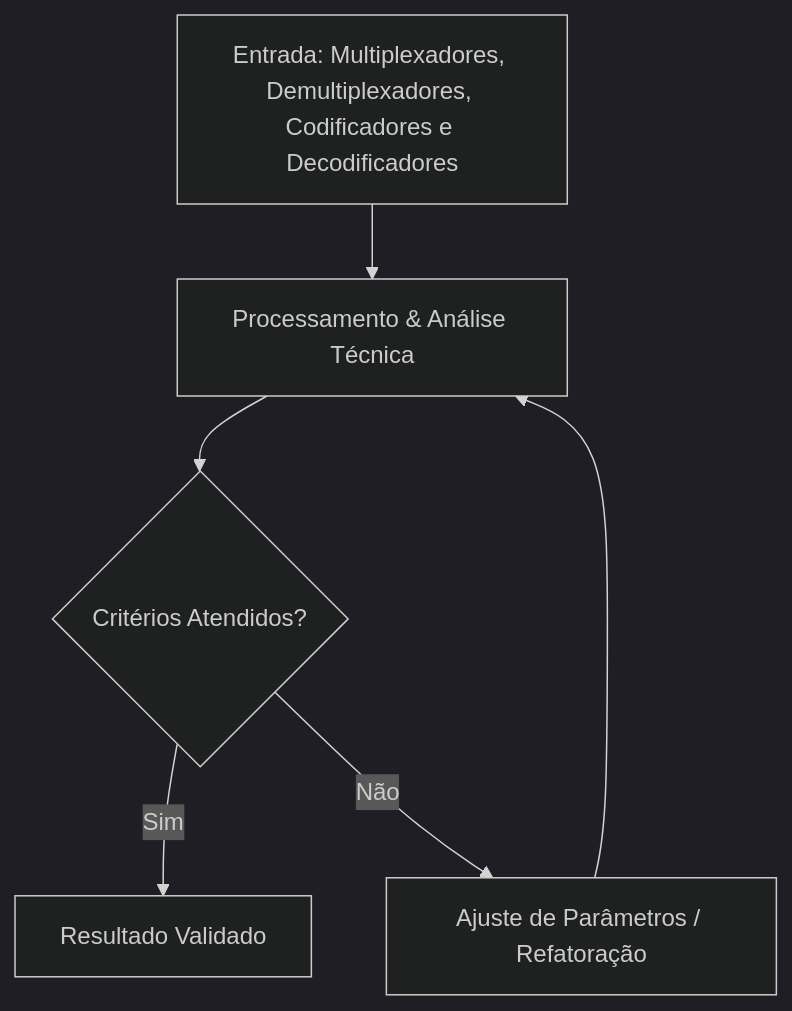
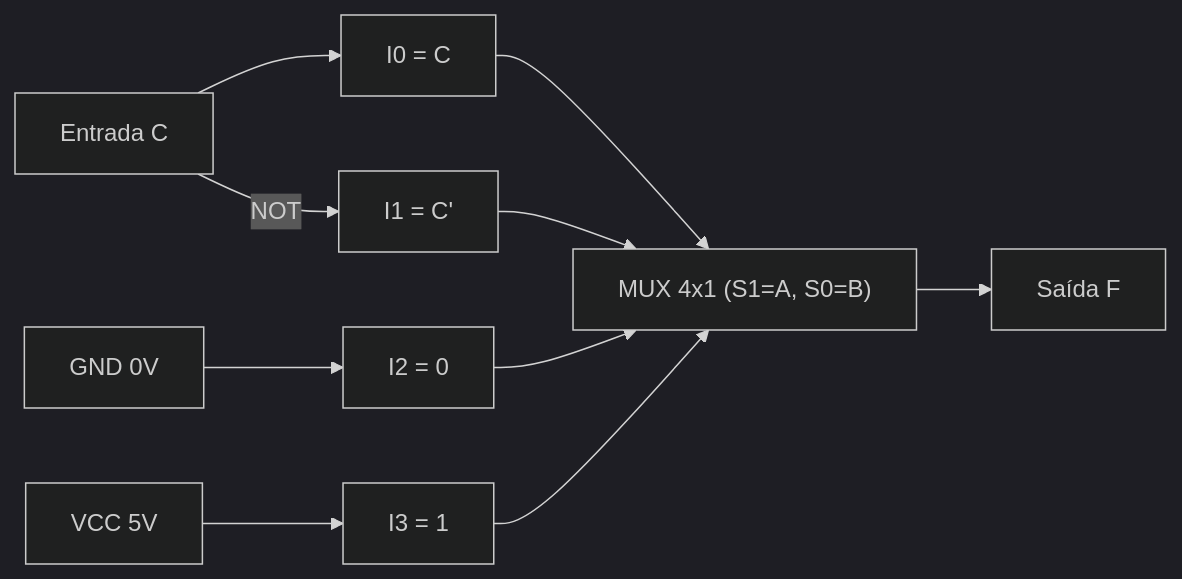
One commit to pedroiff0/page changed the diagram in content/pt-br/resource/Engenharia de Computação/6-periodo/eletronica-digital/anotacoes/aula-07-multiplexadores-demultiplexadores-codificadores-e-decodificadores.md. Above: the diagram before and after it, drawn with Mermaid (dark theme). The commit also changed other lines of this file and 826 other files, not shown here.

````diff
--- a/content/pt-br/resource/Engenharia de Computação/6-periodo/eletronica-digital/anotacoes/aula-07-multiplexadores-demultiplexadores-codificadores-e-decodificadores.md
+++ b/content/pt-br/resource/Engenharia de Computação/6-periodo/eletronica-digital/anotacoes/aula-07-multiplexadores-demultiplexadores-codificadores-e-decodificadores.md
@@ -74,8 +83,10 @@
 ```mermaid
-flowchart TD
-    A[Entrada: Multiplexadores, Demultiplexadores, Codificadores e Decodificadores] --> B[Processamento & Análise Técnica]
-    B --> C{Critérios Atendidos?}
-    C -- Sim --> D[Resultado Validado]
-    C -- Não --> E[Ajuste de Parâmetros / Refatoração]
-    E --> B
+flowchart LR
+    C[Entrada C] --> I0[I0 = C]
+    C -->|NOT| I1[I1 = C']
+    GND[GND 0V] --> I2[I2 = 0]
+    VCC[VCC 5V] --> I3[I3 = 1]
+    
+    I0 & I1 & I2 & I3 --> MUX["MUX 4x1 (S1=A, S0=B)"]
+    MUX --> Y[Saída F]
 ```
````
